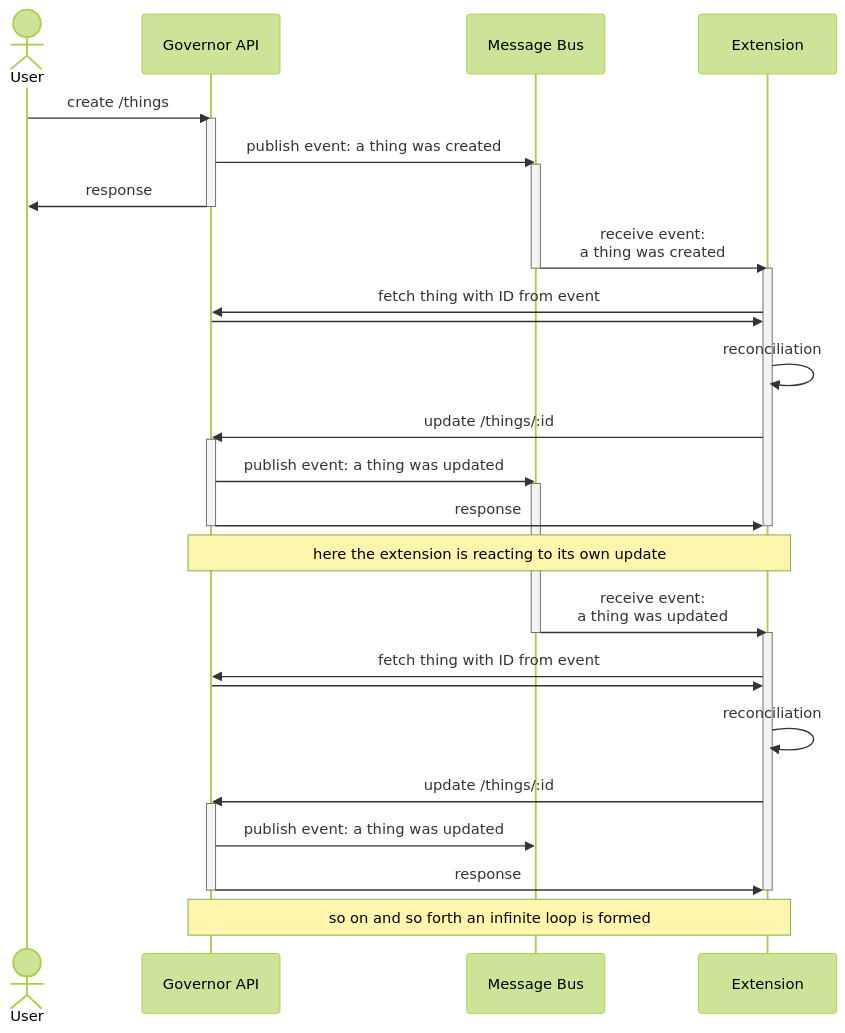
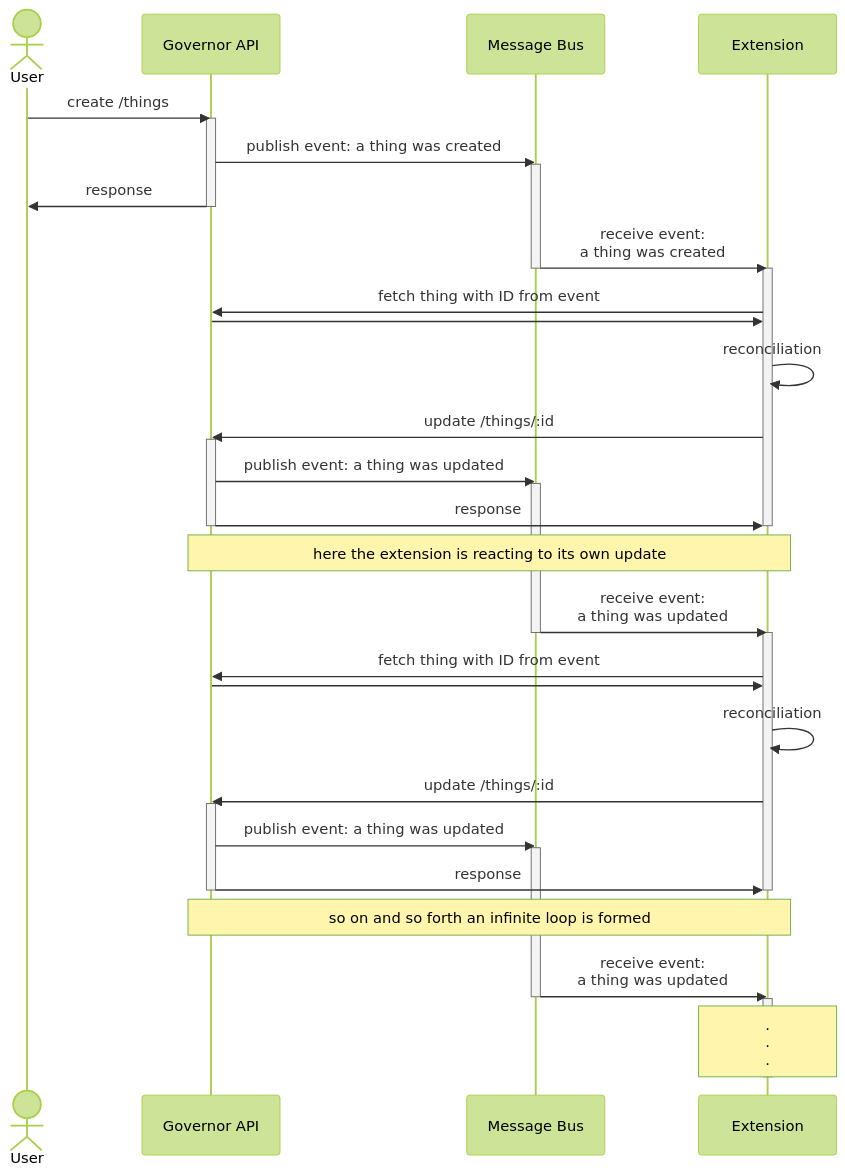
The first of 3 diagrams in docs/extensions.md (metal-toolbox/governor-api), drawn with Mermaid (forest theme) before and after one commit. The commit also changed other lines of this file, not shown here.

Commit message:
create vip solution diagram

````diff
--- a/docs/extensions.md
+++ b/docs/extensions.md
@@ -13,50 +13,58 @@
 ```mermaid
 sequenceDiagram
   actor u as User
   participant g as Governor API
   participant m as Message Bus
   participant e as Extension
 
 
   u->>g: create /things
   activate g
   g->>m: publish event: a thing was created
   activate m
   g->>u: response
   deactivate g
 
   m->>e: receive event: <br/>a thing was created
   deactivate m
   activate e
   e->>g: fetch thing with ID from event
   g->>e: 
   e->>e: reconciliation
   e->>g: update /things/:id
 
   activate g
   g->>m: publish event: a thing was updated
   activate m
   g->>e: response
   deactivate g
 
   deactivate e
 
   note over g,e: here the extension is reacting to its own update
 
   m->>e: receive event: <br/>a thing was updated
   deactivate m
   activate e
   e->>g: fetch thing with ID from event
   g->>e: 
   e->>e: reconciliation
   e->>g: update /things/:id
 
   activate g
   g->>m: publish event: a thing was updated
+  activate m
   g->>e: response
   deactivate g
 
   deactivate e
 
   note over g,e: so on and so forth an infinite loop is formed
+
+  m->>e: receive event: <br/>a thing was updated
+  deactivate m
+
+  activate e
+  note over e: .<br/>.<br/>.
+  deactivate e
 ```
````
